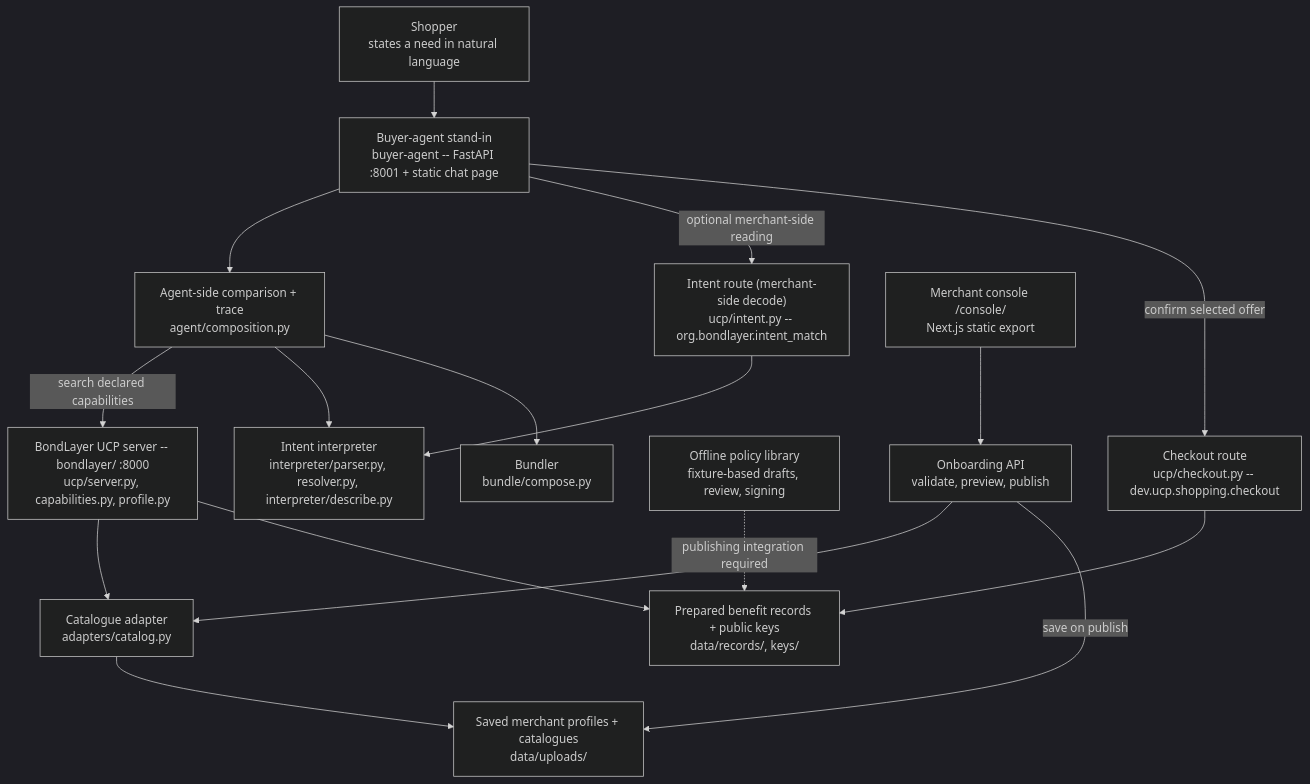
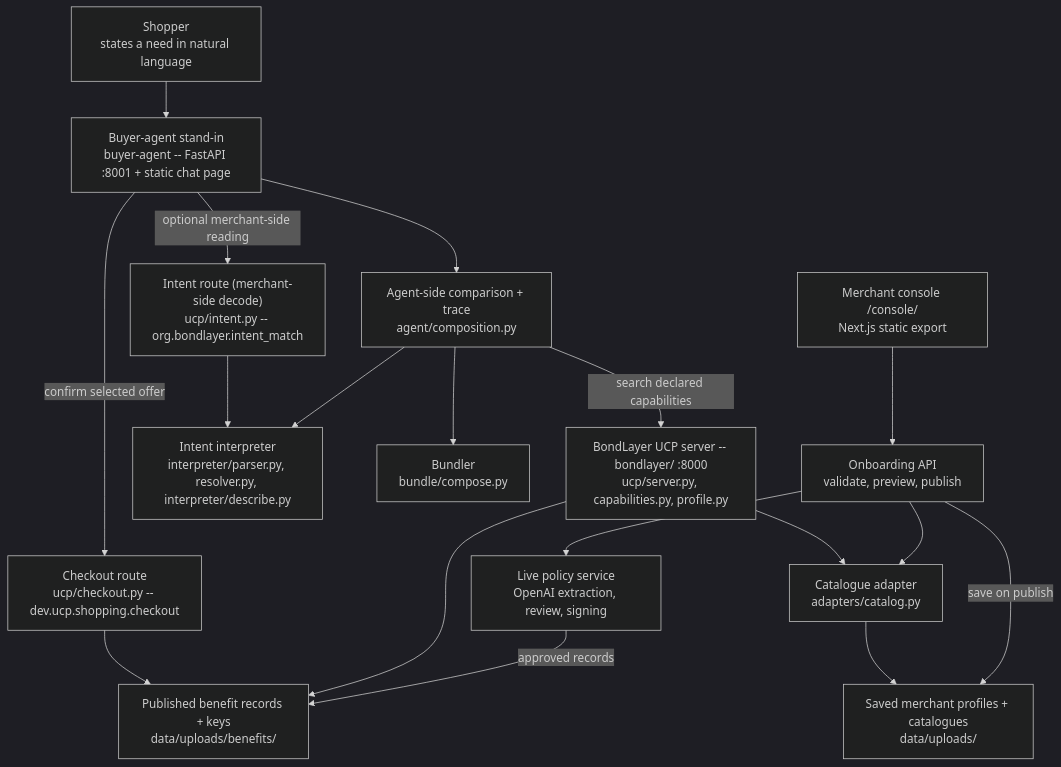
One commit to kaiday/UAVSHackathon-BondLayer changed the diagram in README.md. Above: the diagram before and after it, drawn with Mermaid (dark theme). The commit also changed other lines of this file and 137 other files, not shown here.

````diff
--- a/README.md
+++ b/README.md
@@ -330,33 +385,34 @@
 ```mermaid
 flowchart TD
     Shopper["Shopper\nstates a need in natural language"]
     Agent["Buyer-agent stand-in\nbuyer-agent -- FastAPI :8001 + static chat page"]
     UCP["BondLayer UCP server -- bondlayer/ :8000\nucp/server.py, capabilities.py, profile.py"]
     Intent["Intent route (merchant-side decode)\nucp/intent.py -- org.bondlayer.intent_match"]
     Interp["Intent interpreter\ninterpreter/parser.py, resolver.py, interpreter/describe.py"]
     Comp["Agent-side comparison + trace\nagent/composition.py"]
     Bundle["Bundler\nbundle/compose.py"]
     Adapter["Catalogue adapter\nadapters/catalog.py"]
-    Records["Prepared benefit records + public keys\ndata/records/, keys/"]
-    Policy["Offline policy library\nfixture-based drafts, review, signing"]
+    Records["Published benefit records + keys\ndata/uploads/benefits/"]
+    Policy["Live policy service\nOpenAI extraction, review, signing"]
     Data["Saved merchant profiles + catalogues\ndata/uploads/"]
     Dash["Merchant console /console/\nNext.js static export"]
     Onboard["Onboarding API\nvalidate, preview, publish"]
     Checkout["Checkout route\nucp/checkout.py -- dev.ucp.shopping.checkout"]
 
     Shopper --> Agent
     Agent --> Comp
     Comp -- "search declared capabilities" --> UCP
     Agent -- "optional merchant-side reading" --> Intent
     Agent -- "confirm selected offer" --> Checkout
     Checkout --> Records
     Intent --> Interp
     UCP --> Adapter --> Data
     UCP --> Records
     Comp --> Interp
     Comp --> Bundle
     Dash --> Onboard
     Onboard --> Adapter
     Onboard -- "save on publish" --> Data
-    Policy -. "publishing integration required" .-> Records
+    Onboard --> Policy
+    Policy -- "approved records" --> Records
 ```
````
